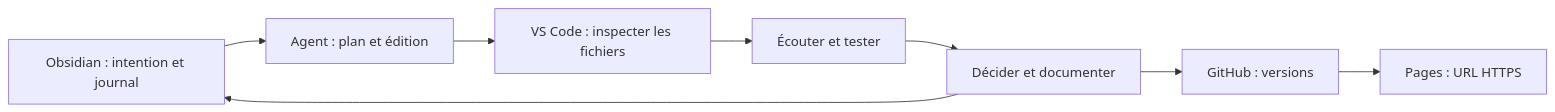
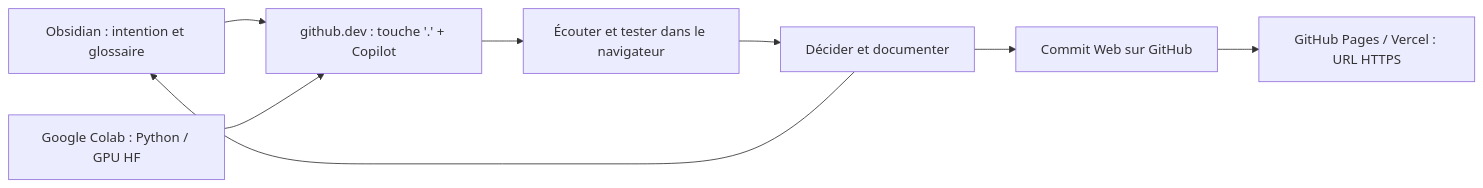
The diagram in cursos/agentic music/agentic music MOC.md (HEM-Multimedia-Master/internetmusic), drawn with Mermaid before and after one commit. The commit also changed other lines of this file and 45 other files, not shown here.

````diff
--- a/cursos/agentic music/agentic music MOC.md
+++ b/cursos/agentic music/agentic music MOC.md
@@ -39,10 +41,10 @@
 ```mermaid
 flowchart LR
- O[Obsidian : intention et journal] --> A[Agent : plan et édition]
- A --> V[VS Code : inspecter les fichiers]
- V --> E[Écouter et tester]
+ O[Obsidian : intention et glossaire] --> A[github.dev : touche '.' + Copilot]
+ C[Google Colab : Python / GPU HF] --> A
+ A --> E[Écouter et tester dans le navigateur]
  E --> D[Décider et documenter]
- D --> G[GitHub : versions]
- G --> P[Pages : URL HTTPS]
+ D --> G[Commit Web sur GitHub]
+ G --> P[GitHub Pages / Vercel : URL HTTPS]
  D --> O
 ```
````
